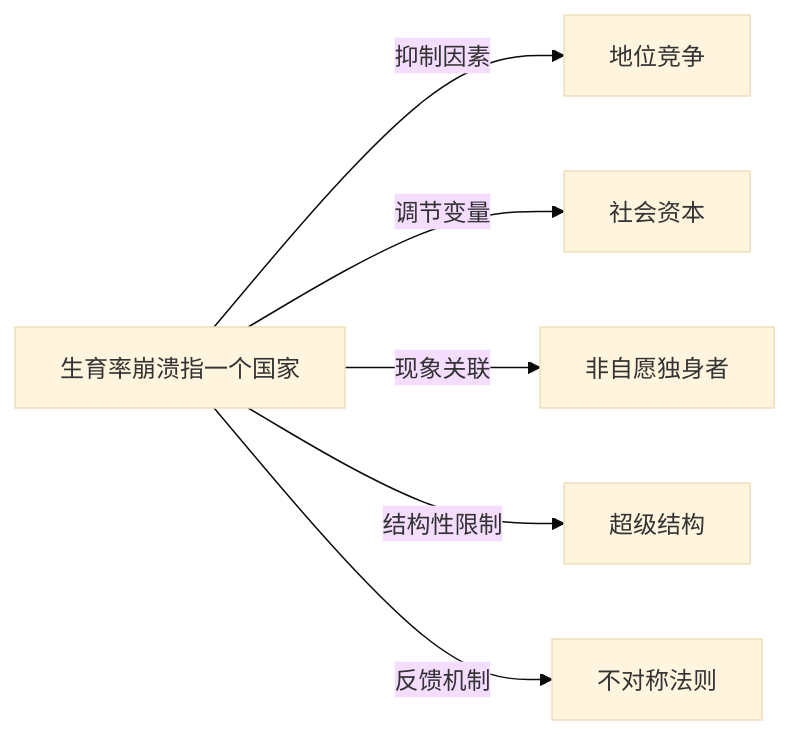
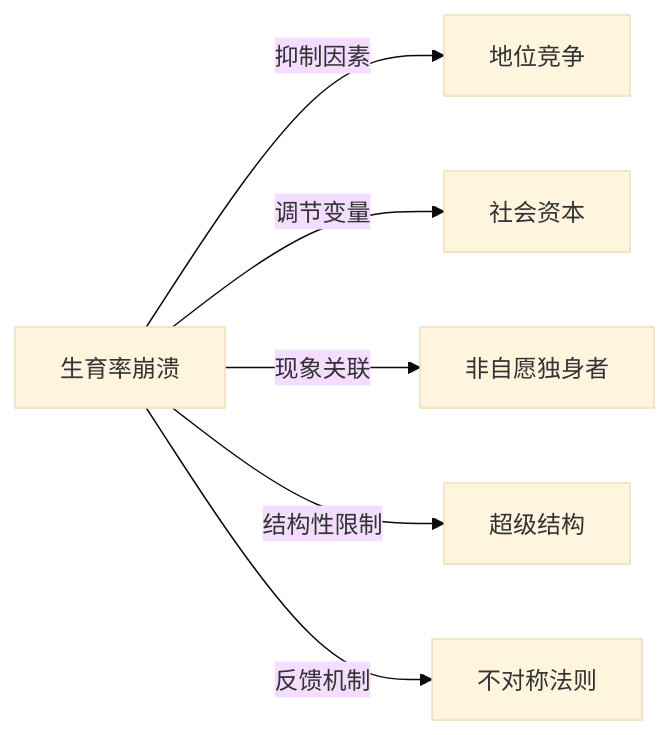
The diagram in Knowledge/Concepts/人口学/生育率崩溃.md (KIMMCHOW/MyKnowledge), drawn with Mermaid (base theme) before and after one commit. The commit also changed 96 other files, not shown here.

Commit message:
fix: 修复概念页关系图节点并补齐缺失关联

````diff
--- a/Knowledge/Concepts/人口学/生育率崩溃.md
+++ b/Knowledge/Concepts/人口学/生育率崩溃.md
@@ -47,8 +47,8 @@
 ```mermaid
 graph LR
-    生育率崩溃指一个国家 -->|抑制因素| 地位竞争
-    生育率崩溃指一个国家 -->|调节变量| 社会资本
-    生育率崩溃指一个国家 -->|现象关联| 非自愿独身者
-    生育率崩溃指一个国家 -->|结构性限制| 超级结构
-    生育率崩溃指一个国家 -->|反馈机制| 不对称法则
+生育率崩溃 -->|抑制因素| 地位竞争
+生育率崩溃 -->|调节变量| 社会资本
+生育率崩溃 -->|现象关联| 非自愿独身者
+生育率崩溃 -->|结构性限制| 超级结构
+生育率崩溃 -->|反馈机制| 不对称法则
 ```
````
